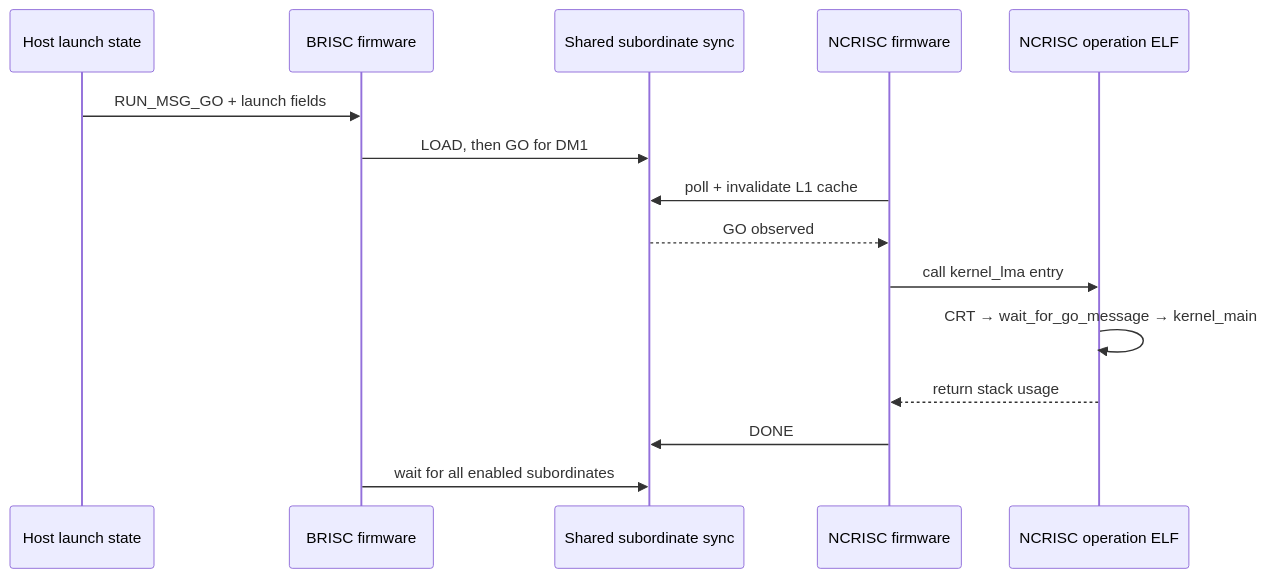
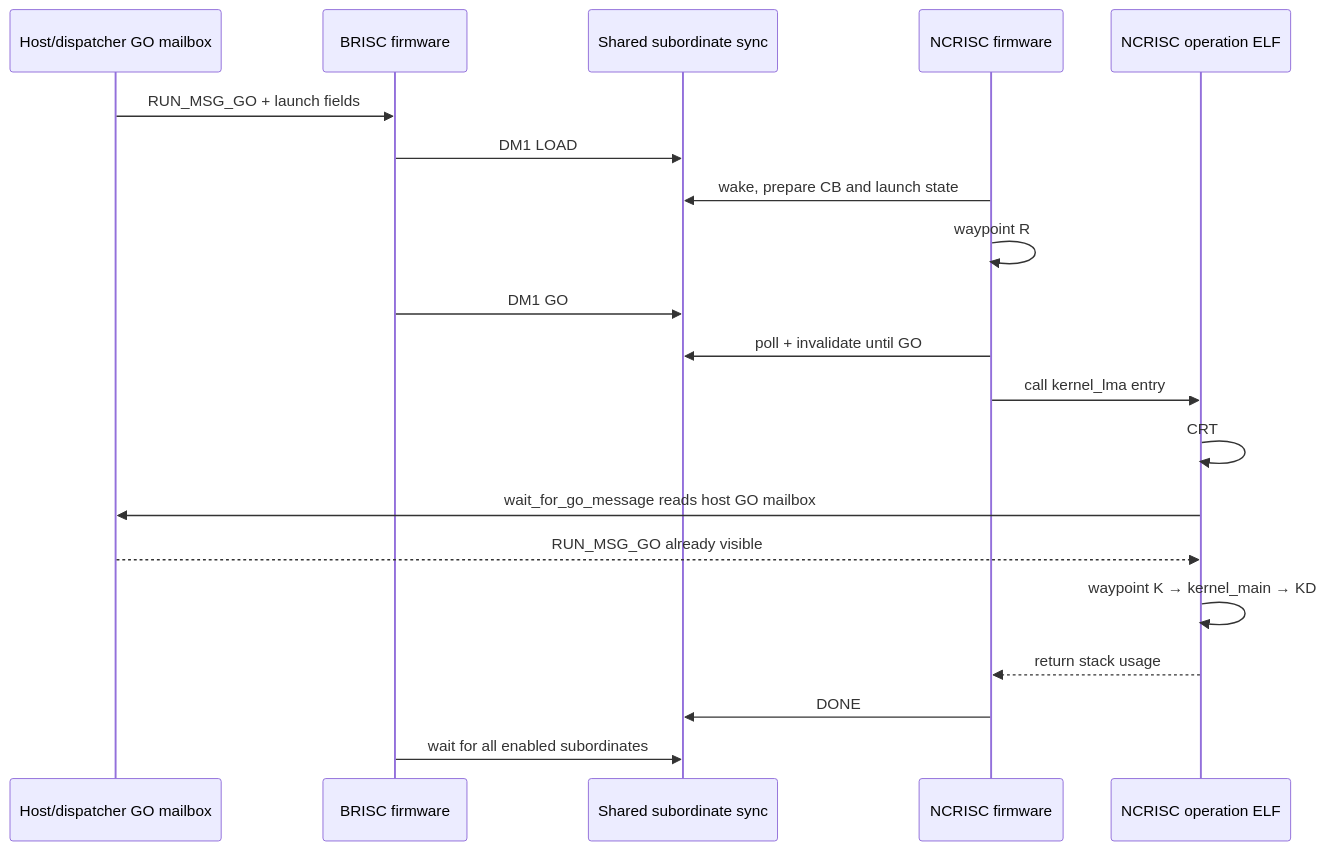
Before and after one commit to buicongnguyen/tt-sim: the seventh of 20 diagrams in public/DISCUSSION_BLACKHOLE_BRINGUP.md, drawn with Mermaid. The commit also changed other lines of this file and 28 other files, not shown here.

````diff
--- a/public/DISCUSSION_BLACKHOLE_BRINGUP.md
+++ b/public/DISCUSSION_BLACKHOLE_BRINGUP.md
@@ -663,17 +681,22 @@
 ```mermaid
 sequenceDiagram
-    participant H as Host launch state
+    participant H as Host/dispatcher GO mailbox
     participant B as BRISC firmware
     participant S as Shared subordinate sync
     participant N as NCRISC firmware
     participant K as NCRISC operation ELF
     H->>B: RUN_MSG_GO + launch fields
-    B->>S: LOAD, then GO for DM1
-    N->>S: poll + invalidate L1 cache
-    S-->>N: GO observed
+    B->>S: DM1 LOAD
+    N->>S: wake, prepare CB and launch state
+    N->>N: waypoint R
+    B->>S: DM1 GO
+    N->>S: poll + invalidate until GO
     N->>K: call kernel_lma entry
-    K->>K: CRT → wait_for_go_message → kernel_main
+    K->>K: CRT
+    K->>H: wait_for_go_message reads host GO mailbox
+    H-->>K: RUN_MSG_GO already visible
+    K->>K: waypoint K → kernel_main → KD
     K-->>N: return stack usage
     N->>S: DONE
     B->>S: wait for all enabled subordinates
 ```
````
